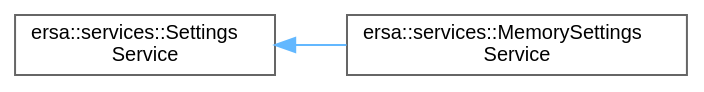
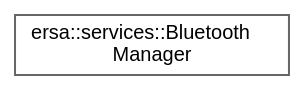
Before and after one commit to ersascape/ErsaWearableOS: the diagram in wiki/api/inherit_graph_59.dot, drawn with Graphviz. The commit also changed 618 other files, not shown here.

```diff
--- a/wiki/api/inherit_graph_59.dot
+++ b/wiki/api/inherit_graph_59.dot
@@ -1,11 +1,9 @@
 digraph "Graphical Class Hierarchy"
 {
  // LATEX_PDF_SIZE
   bgcolor="transparent";
   edge [fontname=Helvetica,fontsize=10,labelfontname=Helvetica,labelfontsize=10];
   node [fontname=Helvetica,fontsize=10,shape=box,height=0.2,width=0.4];
   rankdir="LR";
-  Node0 [id="Node000000",label="ersa::services::Settings\lService",height=0.2,width=0.4,color="grey40", fillcolor="white", style="filled",URL="$dd/db5/classersa_1_1services_1_1SettingsService.html",tooltip=" "];
-  Node0 -> Node1 [id="edge20_Node000000_Node000001",dir="back",color="steelblue1",style="solid",tooltip=" "];
-  Node1 [id="Node000001",label="ersa::services::MemorySettings\lService",height=0.2,width=0.4,color="grey40", fillcolor="white", style="filled",URL="$de/de7/classersa_1_1services_1_1MemorySettingsService.html",tooltip=" "];
+  Node0 [id="Node000000",label="ersa::services::Bluetooth\lManager",height=0.2,width=0.4,color="grey40", fillcolor="white", style="filled",URL="$d0/de0/classersa_1_1services_1_1BluetoothManager.html",tooltip=" "];
 }
```
